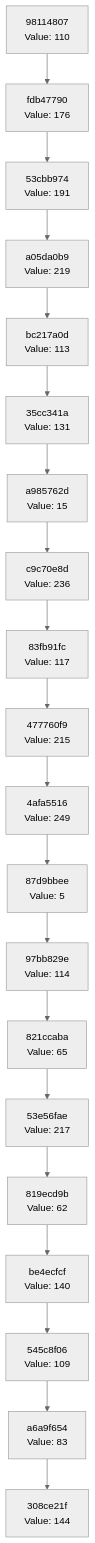
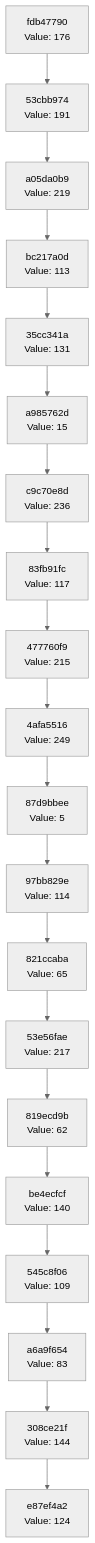
One commit to Abhisheksinha1506/hash-chain-evolver changed the diagram in docs/CHAIN_VISUALIZATION.md. Above: the diagram before and after it, drawn with Mermaid (neutral theme). The commit also changed 2 other files, not shown here.

Commit message:
Evolution Step

````diff
--- a/docs/CHAIN_VISUALIZATION.md
+++ b/docs/CHAIN_VISUALIZATION.md
@@ -3,42 +3,42 @@
 ```mermaid
 graph TD
-    C0["308ce21f<br/>Value: 144"]
-    C1["a6a9f654<br/>Value: 83"]
+    C0["e87ef4a2<br/>Value: 124"]
+    C1["308ce21f<br/>Value: 144"]
     C1 --> C0
-    C2["545c8f06<br/>Value: 109"]
+    C2["a6a9f654<br/>Value: 83"]
     C2 --> C1
-    C3["be4ecfcf<br/>Value: 140"]
+    C3["545c8f06<br/>Value: 109"]
     C3 --> C2
-    C4["819ecd9b<br/>Value: 62"]
+    C4["be4ecfcf<br/>Value: 140"]
     C4 --> C3
-    C5["53e56fae<br/>Value: 217"]
+    C5["819ecd9b<br/>Value: 62"]
     C5 --> C4
-    C6["821ccaba<br/>Value: 65"]
+    C6["53e56fae<br/>Value: 217"]
     C6 --> C5
-    C7["97bb829e<br/>Value: 114"]
+    C7["821ccaba<br/>Value: 65"]
     C7 --> C6
-    C8["87d9bbee<br/>Value: 5"]
+    C8["97bb829e<br/>Value: 114"]
     C8 --> C7
-    C9["4afa5516<br/>Value: 249"]
+    C9["87d9bbee<br/>Value: 5"]
     C9 --> C8
-    C10["477760f9<br/>Value: 215"]
+    C10["4afa5516<br/>Value: 249"]
     C10 --> C9
-    C11["83fb91fc<br/>Value: 117"]
+    C11["477760f9<br/>Value: 215"]
     C11 --> C10
-    C12["c9c70e8d<br/>Value: 236"]
+    C12["83fb91fc<br/>Value: 117"]
     C12 --> C11
-    C13["a985762d<br/>Value: 15"]
+    C13["c9c70e8d<br/>Value: 236"]
     C13 --> C12
-    C14["35cc341a<br/>Value: 131"]
+    C14["a985762d<br/>Value: 15"]
     C14 --> C13
-    C15["bc217a0d<br/>Value: 113"]
+    C15["35cc341a<br/>Value: 131"]
     C15 --> C14
-    C16["a05da0b9<br/>Value: 219"]
+    C16["bc217a0d<br/>Value: 113"]
     C16 --> C15
-    C17["53cbb974<br/>Value: 191"]
+    C17["a05da0b9<br/>Value: 219"]
     C17 --> C16
-    C18["fdb47790<br/>Value: 176"]
+    C18["53cbb974<br/>Value: 191"]
     C18 --> C17
-    C19["98114807<br/>Value: 110"]
+    C19["fdb47790<br/>Value: 176"]
     C19 --> C18
 ```
````
